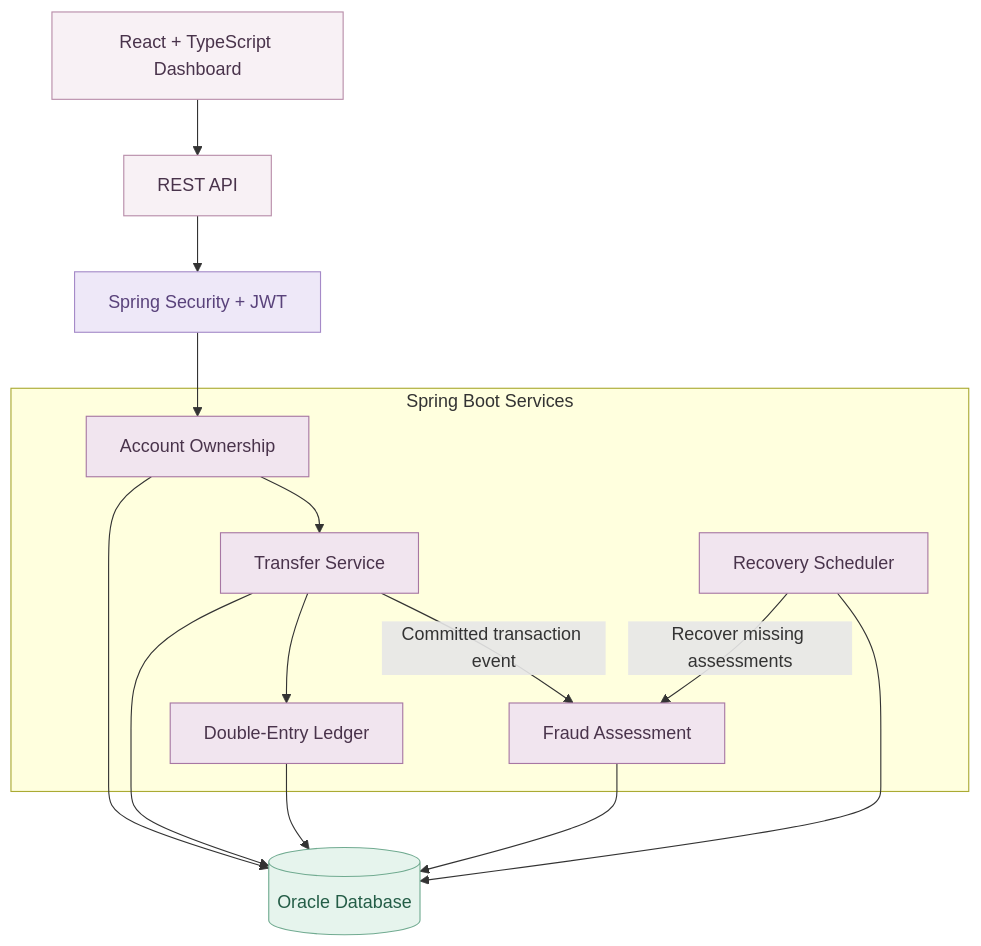
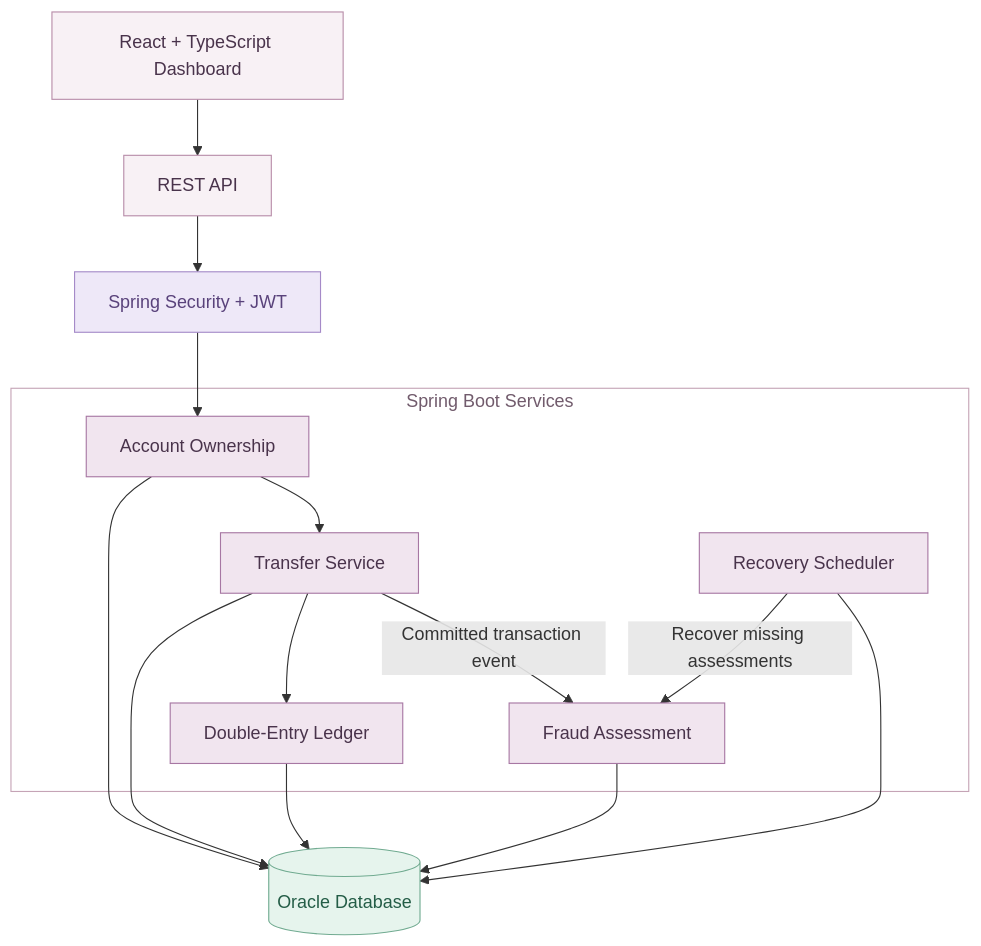
Before and after one commit to dnwardah-dev/Orvendiq: the first of 2 diagrams in README.md, drawn with Mermaid.

Commit message:
docs: refine architecture diagram styling

````diff
--- a/README.md
+++ b/README.md
@@ -81,40 +81,41 @@
 ```mermaid
 flowchart TB
     UI["React + TypeScript Dashboard"]
     API["REST API"]
     AUTH["Spring Security + JWT"]
 
     subgraph SERVICES["Spring Boot Services"]
         OWN["Account Ownership"]
         TRANSFER["Transfer Service"]
         LEDGER["Double-Entry Ledger"]
         FRAUD["Fraud Assessment"]
         RECOVERY["Recovery Scheduler"]
     end
 
     DB[("Oracle Database")]
 
     UI --> API
     API --> AUTH
     AUTH --> OWN
     OWN --> TRANSFER
     TRANSFER --> LEDGER
     TRANSFER -->|Committed transaction event| FRAUD
     RECOVERY -->|Recover missing assessments| FRAUD
 
     OWN --> DB
     TRANSFER --> DB
     LEDGER --> DB
     FRAUD --> DB
     RECOVERY --> DB
 
     classDef frontend fill:#F8F1F5,stroke:#B88DA9,color:#49334B
     classDef security fill:#EEE8F8,stroke:#A58AC8,color:#59427B
     classDef service fill:#F1E5EF,stroke:#A777A3,color:#49334B
     classDef database fill:#E6F4ED,stroke:#71AB91,color:#245D47
 
     class UI,API frontend
     class AUTH security
     class OWN,TRANSFER,LEDGER,FRAUD,RECOVERY service
     class DB database
+    style SERVICES fill:transparent,stroke:#C5A4B6,stroke-width:1px,color:#715B6C
 ```
````
